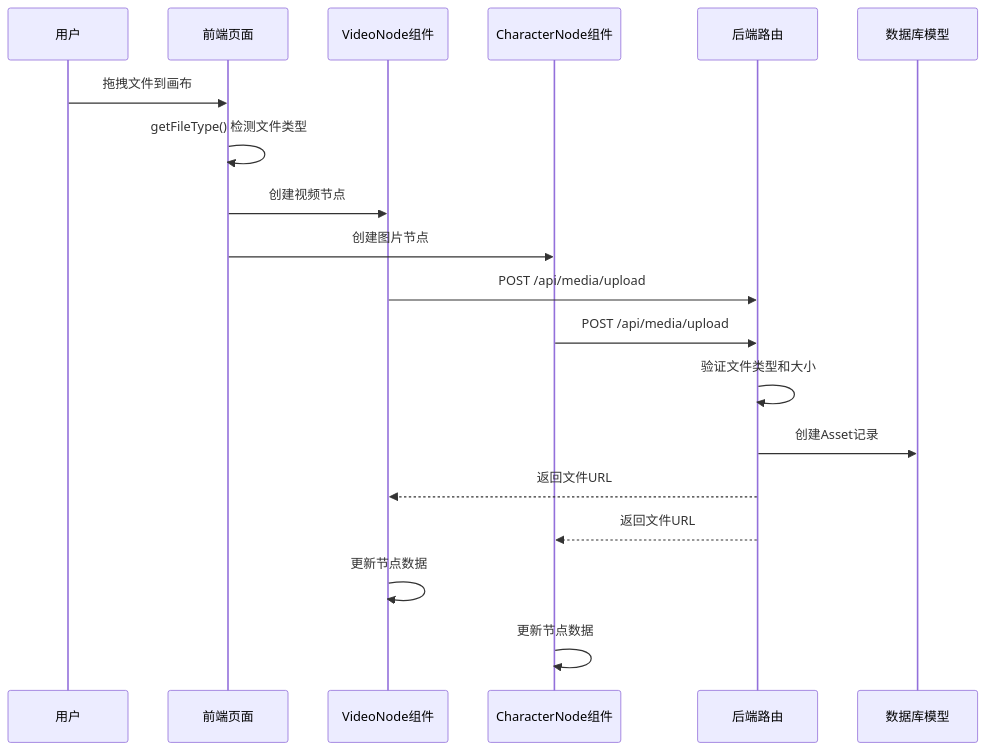
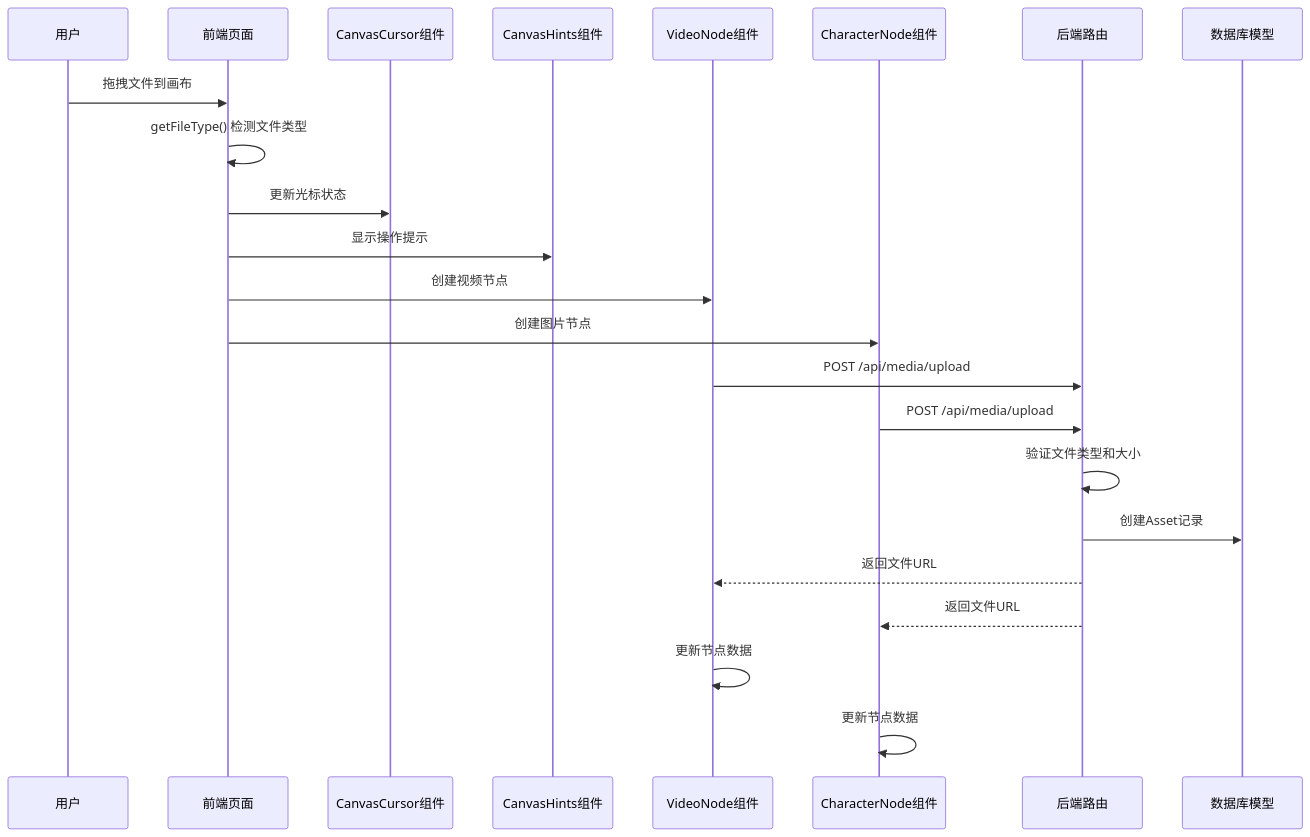
One commit to KunLabAI/KunFlix changed the second of 9 diagrams in .qoder/repowiki/zh/content/Canvas File Type Detection.md. Above: the diagram before and after it, drawn with Mermaid. The commit also changed other lines of this file and 32 other files, not shown here.

````diff
--- a/.qoder/repowiki/zh/content/Canvas File Type Detection.md
+++ b/.qoder/repowiki/zh/content/Canvas File Type Detection.md
@@ -81,21 +96,25 @@
 ```mermaid
 sequenceDiagram
 participant U as 用户
 participant F as 前端页面
+participant C as CanvasCursor组件
+participant CH as CanvasHints组件
 participant V as VideoNode组件
-participant C as CharacterNode组件
+participant CN as CharacterNode组件
 participant R as 后端路由
 participant M as 数据库模型
 U->>F : 拖拽文件到画布
 F->>F : getFileType() 检测文件类型
+F->>C : 更新光标状态
+F->>CH : 显示操作提示
 F->>V : 创建视频节点
-F->>C : 创建图片节点
+F->>CN : 创建图片节点
 V->>R : POST /api/media/upload
-C->>R : POST /api/media/upload
+CN->>R : POST /api/media/upload
 R->>R : 验证文件类型和大小
 R->>M : 创建Asset记录
 R-->>V : 返回文件URL
-R-->>C : 返回文件URL
+R-->>CN : 返回文件URL
 V->>V : 更新节点数据
-C->>C : 更新节点数据
+CN->>CN : 更新节点数据
 ```
````
